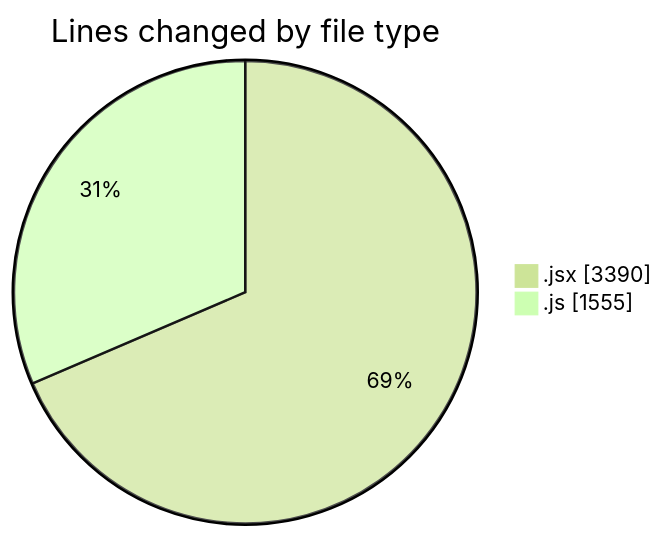
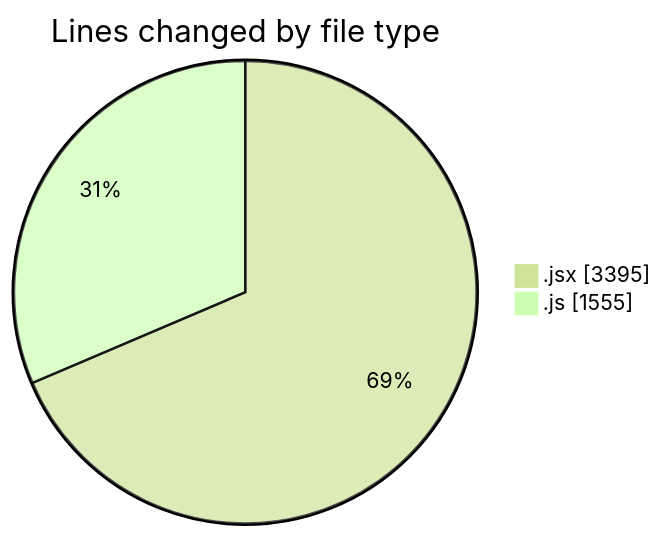
The first of 2 diagrams in 2025-07-11/argos/README.md (nxtqubesakshisongat/code-tracking), drawn with Mermaid (forest theme) before and after one commit. The commit also changed other lines of this file and 1 other file, not shown here.

````diff
--- a/2025-07-11/argos/README.md
+++ b/2025-07-11/argos/README.md
@@ -27,6 +27,6 @@
 ```mermaid
 pie showData
 title Lines changed by file type
-".jsx" : 3390
+".jsx" : 3395
 ".js" : 1555
 ```
````
